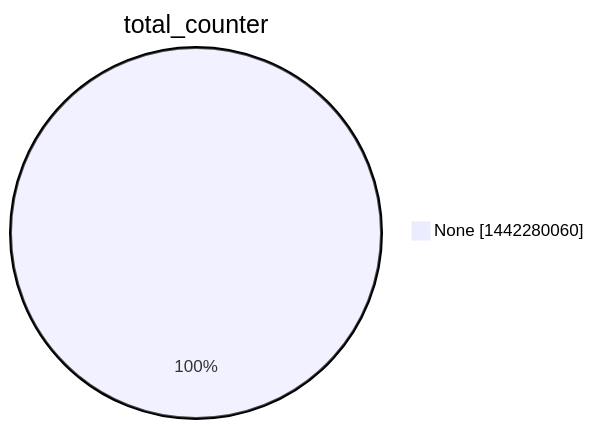
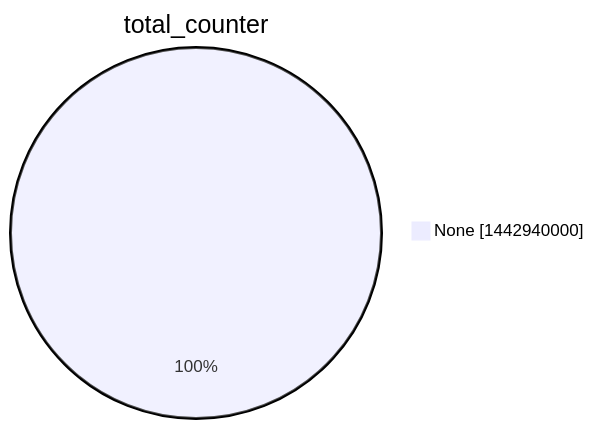
The second of 15 diagrams in argon2022/README.md (christiankrug/ctmonitor_visualization), drawn with Mermaid before and after one commit. The commit also changed other lines of this file, not shown here.

````diff
--- a/argon2022/README.md
+++ b/argon2022/README.md
@@ -9,5 +9,5 @@
 ```mermaid
 pie showData
 title total_counter
-"None" :1442280060
+"None" :1442940000
 ```
````
